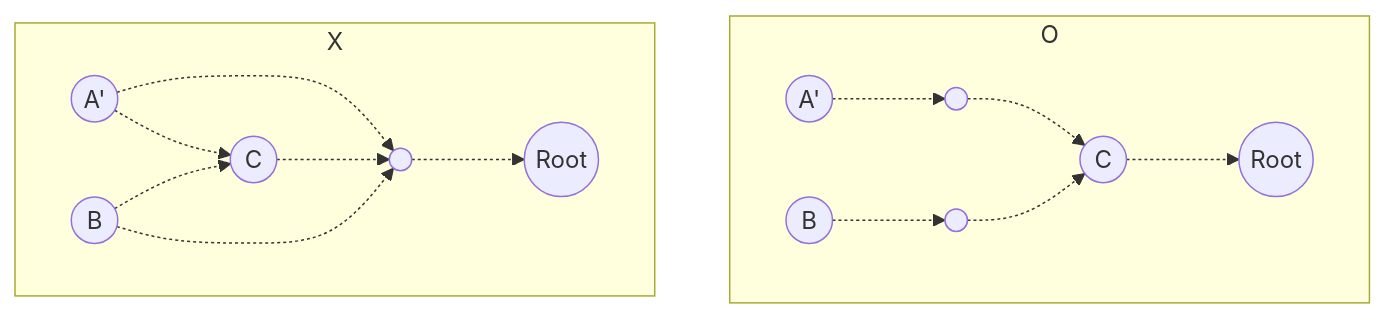
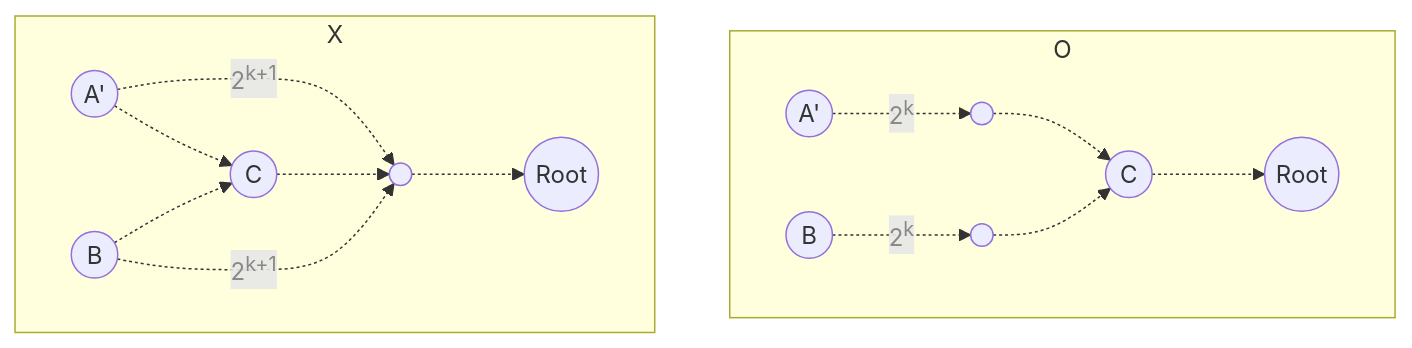
Before and after one commit to CHOYUNSIG/algorithm_with_bojtag: the fourth of 6 diagrams in public/post/lca.md, drawn with Mermaid. The commit also changed other lines of this file and 14 other files, not shown here.

```diff
--- a/public/post/lca.md
+++ b/public/post/lca.md
@@ -97,34 +87,34 @@
 <pre class="mermaid">
     graph TD
 
     subgraph O
         direction LR
-        Ap1 -. <span class="mathjax mj1"></span> .-> node1
-        B1 -. <span class="mathjax mj2"></span> .-> node2
+        Ap1 -. <p style="color: #888">2<sup>k</sup></p> .-> node1
+        B1 -. <p style="color: #888">2<sup>k</sup></p> .-> node2
         node1 -.-> C1
         node2 -.-> C1
         C1 -.-> root1
     end
 
     subgraph X
         direction LR
         Ap2 -.-> C2
         B2 -.-> C2
-        Ap2 -. <span class="mathjax mj3"></span> .-> node3
+        Ap2 -. <p style="color: #888">2<sup>k+1</sup></p> .-> node3
         C2 -.-> node3
-        B2 -. <span class="mathjax mj4"></span> .-> node3
+        B2 -. <p style="color: #888">2<sup>k+1</sup></p> .-> node3
         node3 -.-> root2
     end
 
     Ap1(("<span style="display: inline-block; width: 1em">A'</span>"))
     Ap2(("<span style="display: inline-block; width: 1em">A'</span>"))
     B1(("<span style="display: inline-block; width: 1em">B</span>"))
     B2(("<span style="display: inline-block; width: 1em">B</span>"))
     C1(("<span style="display: inline-block; width: 1em">C</span>"))
     C2(("<span style="display: inline-block; width: 1em">C</span>"))
     root1((Root))
     root2((Root))
     node1(( ))
     node2(( ))
     node3(( ))
 </pre>
```
